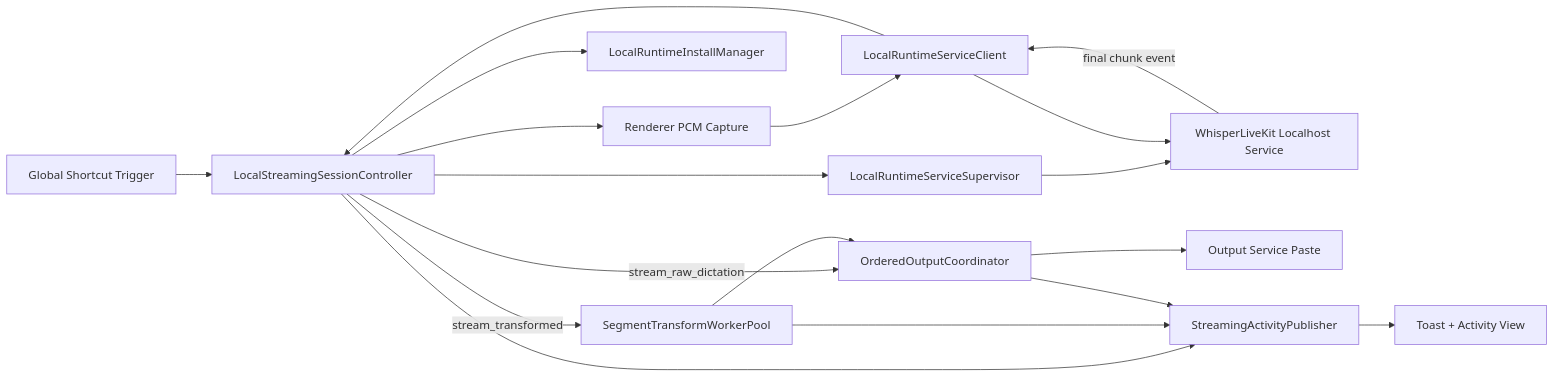
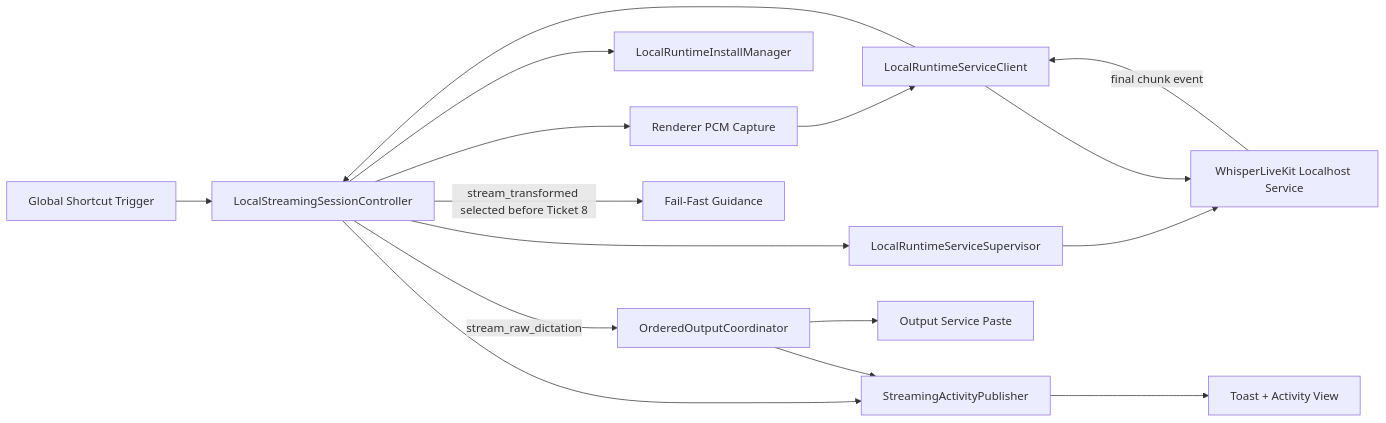
Before and after one commit to massun-onibakuchi/speech-to-text-app: the seventh of 8 diagrams in specs/spec.md, drawn with Mermaid. The commit also changed other lines of this file and 27 other files, not shown here.

````diff
--- a/specs/spec.md
+++ b/specs/spec.md
@@ -1010,20 +1009,18 @@
 ```mermaid
 flowchart LR
   U[Global Shortcut Trigger] --> S[LocalStreamingSessionController]
   S --> CAP[Renderer PCM Capture]
   CAP --> C[LocalRuntimeServiceClient]
   S --> IM[LocalRuntimeInstallManager]
   S --> SUP[LocalRuntimeServiceSupervisor]
   SUP --> H[WhisperLiveKit Localhost Service]
   C --> H
   H -->|final chunk event| C
   C --> S
-  S -->|stream_transformed| W[SegmentTransformWorkerPool]
   S -->|stream_raw_dictation| ORD[OrderedOutputCoordinator]
-  W --> ORD
+  S -->|stream_transformed selected before Ticket 8| G[Fail-Fast Guidance]
   ORD --> OUT[Output Service Paste]
   S --> PUB[StreamingActivityPublisher]
-  W --> PUB
   ORD --> PUB
   PUB --> UI[Toast + Activity View]
 ```
````
